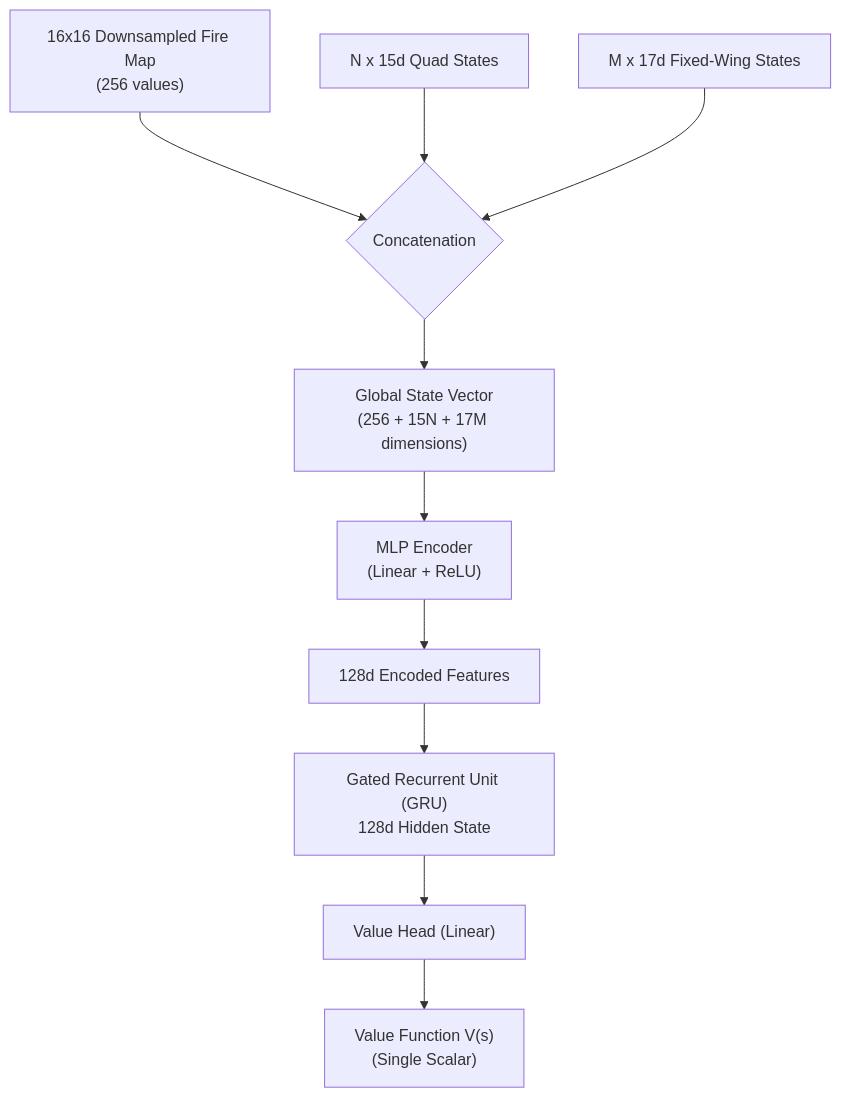
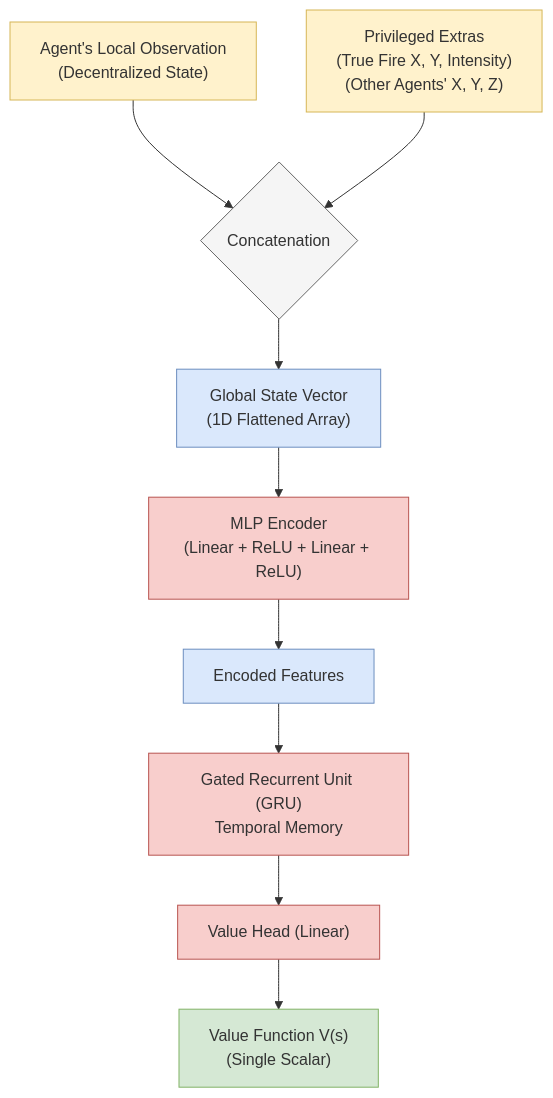
One commit to Filda99/DP changed the diagram in drawings/critic_network_architecture.mmd. Above: the diagram before and after it, drawn with Mermaid.

Commit message:
Updated critic network

```diff
--- a/drawings/critic_network_architecture.mmd
+++ b/drawings/critic_network_architecture.mmd
@@ -1,27 +1,41 @@
 graph TD
     %% Definice vstupů (Žlutá)
-    FireMap["16x16 Downsampled Fire Map<br>(256 values)"]
-    QuadStates["N x 15d Quad States"]
-    FixedStates["M x 17d Fixed-Wing States"]
+    LocalObs["Agent's Local Observation<br>(Decentralized State)"]
+    Privileged["Privileged Extras<br>(True Fire X, Y, Intensity)<br>(Other Agents' X, Y, Z)"]
 
-    %% Agregace a vrstvy (Červená)
+    %% Agregace
     Concat{"Concatenation"}
-    MLP["MLP Encoder<br>(Linear + ReLU)"]
-    GRU["Gated Recurrent Unit (GRU)<br>128d Hidden State"]
+
+    %% Zpracování a vrstvy (Červená)
+    MLP["MLP Encoder<br>(Linear + ReLU + Linear + ReLU)"]
+    GRU["Gated Recurrent Unit (GRU)<br>Temporal Memory"]
     ValueHead["Value Head (Linear)"]
 
     %% Mezistavy a vektory (Modrá)
-    GlobalState["Global State Vector<br>(256 + 15N + 17M dimensions)"]
-    EncodedFeatures["128d Encoded Features"]
+    GlobalState["Global State Vector<br>(1D Flattened Array)"]
+    EncodedFeatures["Encoded Features"]
 
-    %% Finální výstup (Bílá/Zelená)
+    %% Finální výstup (Zelená)
     Value["Value Function V(s)<br>(Single Scalar)"]
 
-    %% Propojení - Tvorba globálního stavu
-    FireMap --> Concat
-    QuadStates --> Concat
-    FixedStates --> Concat
+    %% Propojení
+    LocalObs --> Concat
+    Privileged --> Concat
+    Concat --> GlobalState
     
-    %% Propojení - Zpracování sítí
-    Concat --> GlobalState
-    GlobalState --> MLP --> EncodedFeatures --> GRU --> ValueHead --> Value
+    GlobalState --> MLP
+    MLP --> EncodedFeatures
+    EncodedFeatures --> GRU
+    GRU --> ValueHead
+    ValueHead --> Value
+
+    %% Styling
+    style LocalObs fill:#fff2cc,stroke:#d6b656
+    style Privileged fill:#fff2cc,stroke:#d6b656
+    style Concat fill:#f5f5f5,stroke:#666666
+    style MLP fill:#f8cecc,stroke:#b85450
+    style GRU fill:#f8cecc,stroke:#b85450
+    style ValueHead fill:#f8cecc,stroke:#b85450
+    style GlobalState fill:#dae8fc,stroke:#6c8ebf
+    style EncodedFeatures fill:#dae8fc,stroke:#6c8ebf
+    style Value fill:#d5e8d4,stroke:#82b366
```
